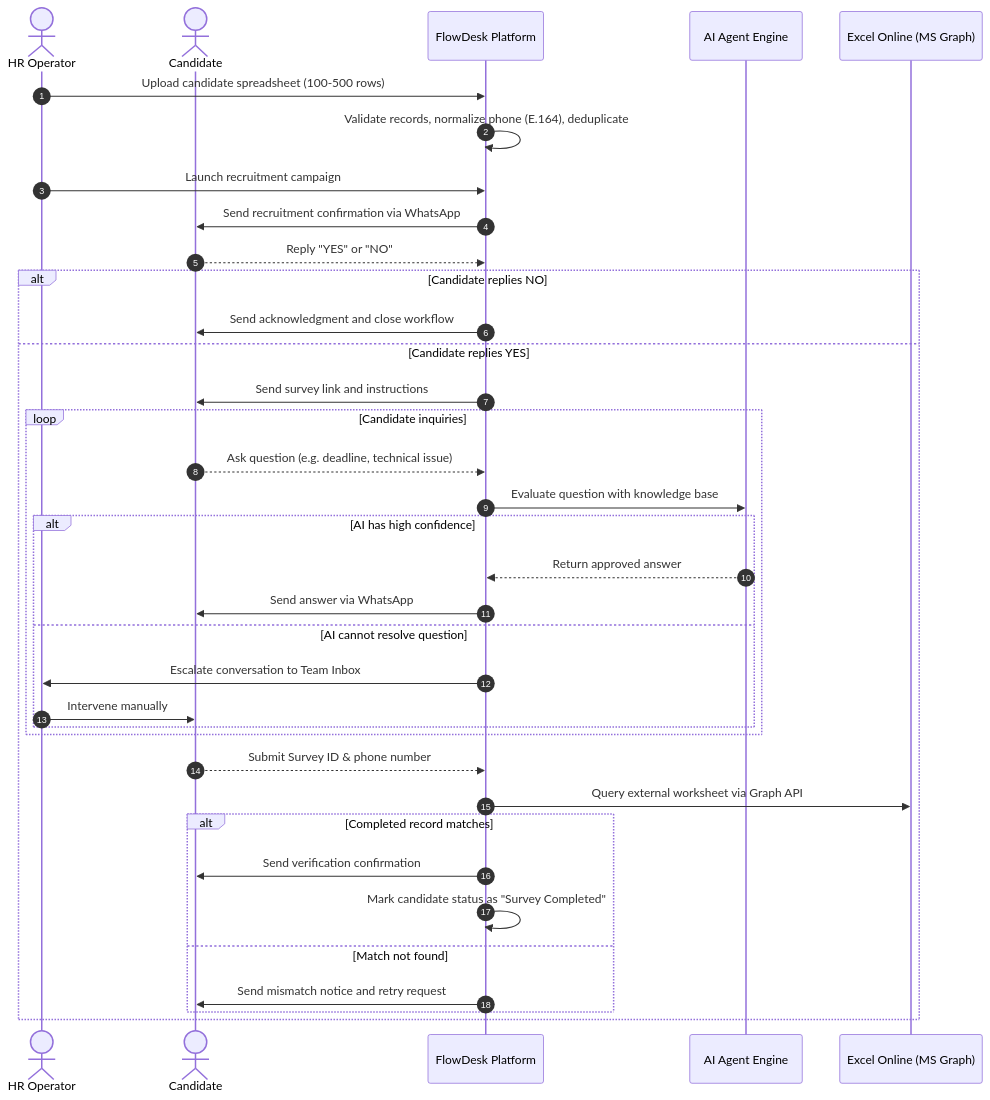
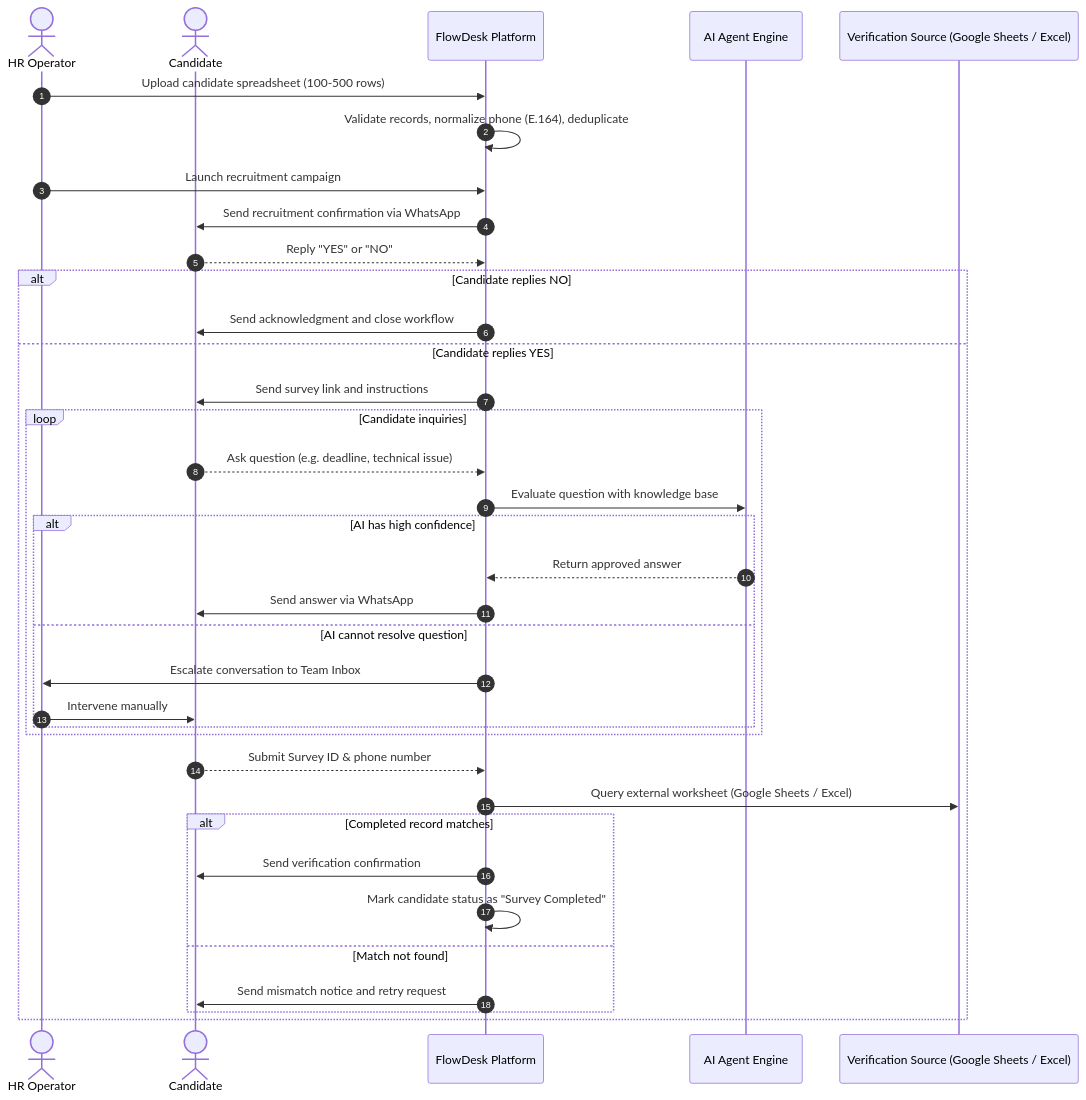
One commit to amanresearchconnect/FlowDesk changed the diagram in docs/01-PRODUCT-REQUIREMENTS.md. Above: the diagram before and after it, drawn with Mermaid. The commit also changed other lines of this file and 5 other files, not shown here.

Commit message:
docs: update architecture and roadmap to support Google Sheets verification

````diff
--- a/docs/01-PRODUCT-REQUIREMENTS.md
+++ b/docs/01-PRODUCT-REQUIREMENTS.md
@@ -33,39 +33,39 @@
 ```mermaid
 sequenceDiagram
     autonumber
     actor Employee as HR Operator
     actor Candidate as Candidate
     participant System as FlowDesk Platform
     participant AI as AI Agent Engine
-    participant Excel as Excel Online (MS Graph)
+    participant Sheet as Verification Source (Google Sheets / Excel)
 
     Employee->>System: Upload candidate spreadsheet (100-500 rows)
     System->>System: Validate records, normalize phone (E.164), deduplicate
     Employee->>System: Launch recruitment campaign
     System->>Candidate: Send recruitment confirmation via WhatsApp
     Candidate-->>System: Reply "YES" or "NO"
     alt Candidate replies NO
         System->>Candidate: Send acknowledgment and close workflow
     else Candidate replies YES
         System->>Candidate: Send survey link and instructions
         loop Candidate inquiries
             Candidate-->>System: Ask question (e.g. deadline, technical issue)
             System->>AI: Evaluate question with knowledge base
             alt AI has high confidence
                 AI-->>System: Return approved answer
                 System->>Candidate: Send answer via WhatsApp
             else AI cannot resolve question
                 System->>Employee: Escalate conversation to Team Inbox
                 Employee->>Candidate: Intervene manually
             end
         end
         Candidate-->>System: Submit Survey ID & phone number
-        System->>Excel: Query external worksheet via Graph API
+        System->>Sheet: Query external worksheet (Google Sheets / Excel)
         alt Completed record matches
             System->>Candidate: Send verification confirmation
             System->>System: Mark candidate status as "Survey Completed"
         else Match not found
             System->>Candidate: Send mismatch notice and retry request
         end
     end
 ```
````
